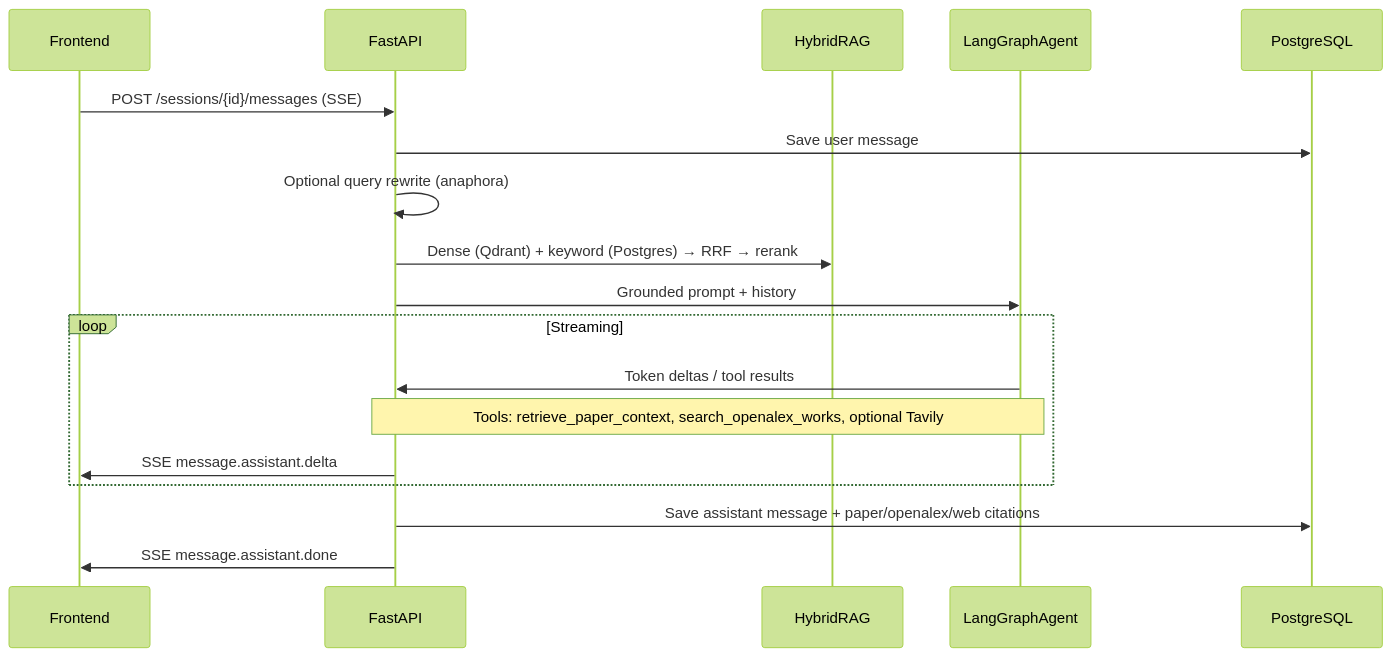
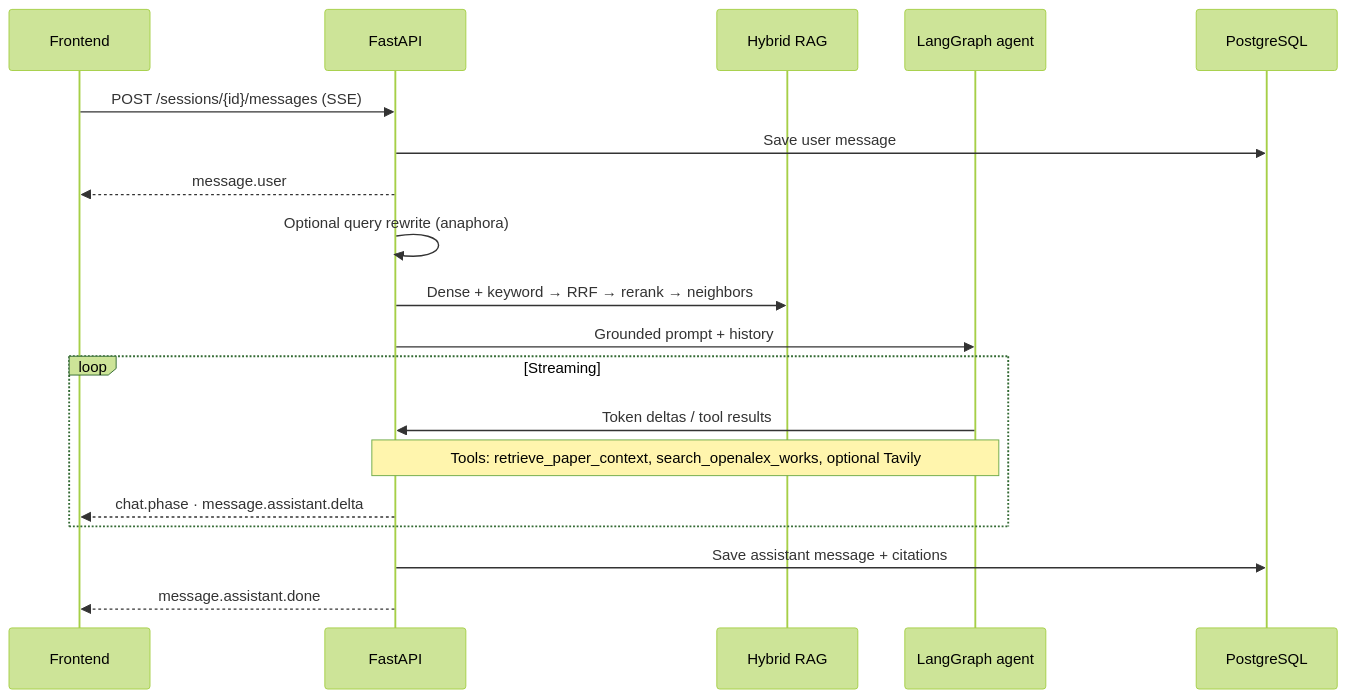
Before and after one commit to Parth-Hariyani3001/Inqurio: the fourth of 5 diagrams in README.md, drawn with Mermaid (forest theme). The commit also changed other lines of this file and 3 other files, not shown here.

````diff
--- a/README.md
+++ b/README.md
@@ -54,21 +128,22 @@
 ```mermaid
 sequenceDiagram
   participant UI as Frontend
   participant API as FastAPI
-  participant RAG as HybridRAG
-  participant Agent as LangGraphAgent
+  participant RAG as Hybrid RAG
+  participant Agent as LangGraph agent
   participant DB as PostgreSQL
 
   UI->>API: POST /sessions/{id}/messages (SSE)
   API->>DB: Save user message
+  API-->>UI: message.user
   API->>API: Optional query rewrite (anaphora)
-  API->>RAG: Dense (Qdrant) + keyword (Postgres) → RRF → rerank
+  API->>RAG: Dense + keyword → RRF → rerank → neighbors
   API->>Agent: Grounded prompt + history
   loop Streaming
     Agent->>API: Token deltas / tool results
     Note over Agent,API: Tools: retrieve_paper_context, search_openalex_works, optional Tavily
-    API->>UI: SSE message.assistant.delta
+    API-->>UI: chat.phase · message.assistant.delta
   end
-  API->>DB: Save assistant message + paper/openalex/web citations
-  API->>UI: SSE message.assistant.done
+  API->>DB: Save assistant message + citations
+  API-->>UI: message.assistant.done
 ```
````
